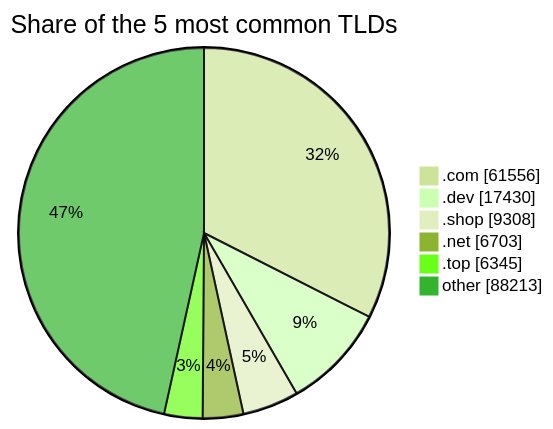
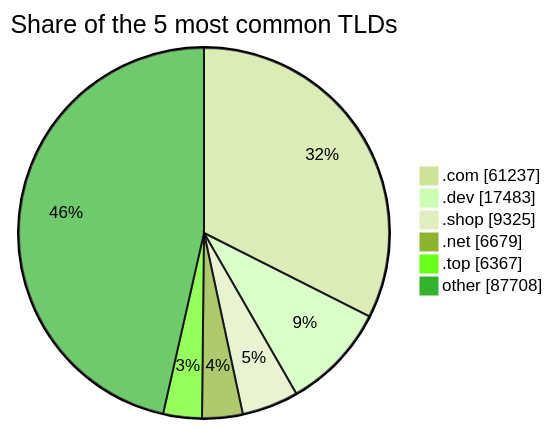
One commit to DNSBunker/CTI changed the third of 3 diagrams in README.md. Above: the diagram before and after it, drawn with Mermaid (forest theme). The commit also changed other lines of this file and 3 other files, not shown here.

````diff
--- a/README.md
+++ b/README.md
@@ -81,9 +81,9 @@
 ```mermaid
 pie showData title Share of the 5 most common TLDs
-    ".com" : 61556
-    ".dev" : 17430
-    ".shop" : 9308
-    ".net" : 6703
-    ".top" : 6345
-    "other" : 88213
+    ".com" : 61237
+    ".dev" : 17483
+    ".shop" : 9325
+    ".net" : 6679
+    ".top" : 6367
+    "other" : 87708
 ```
````
